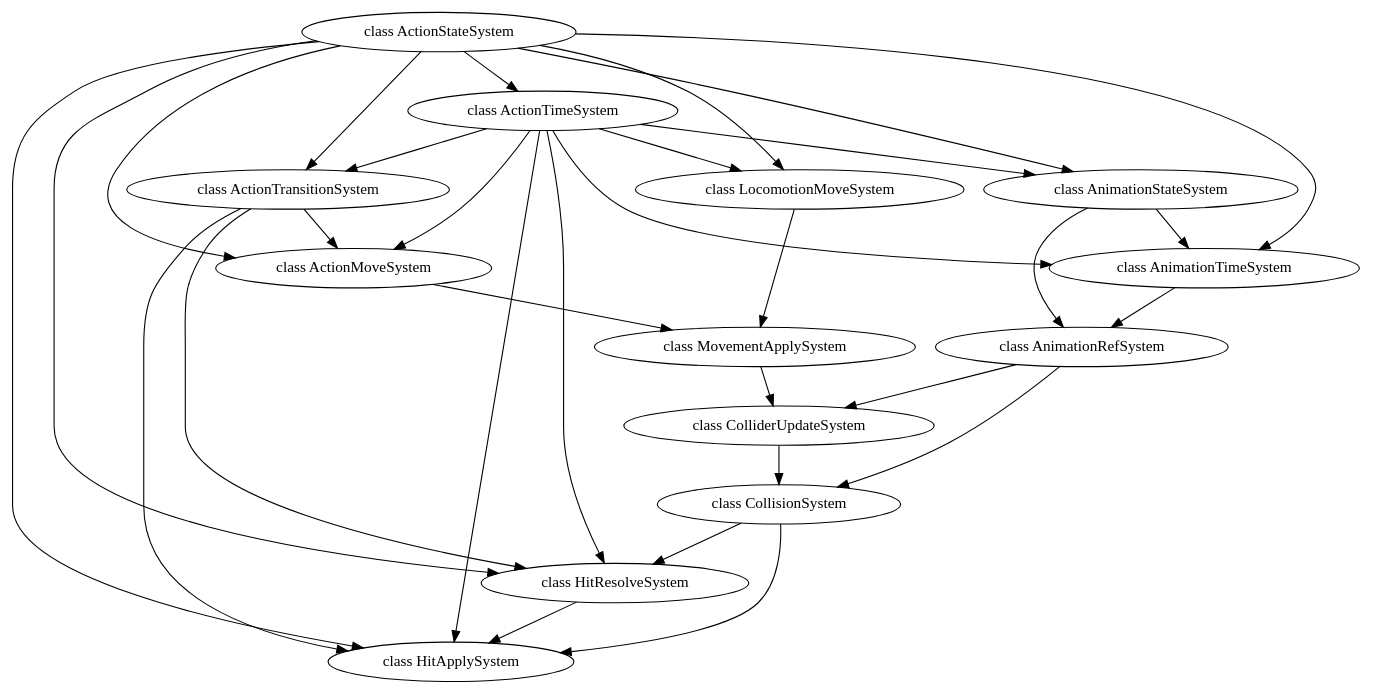
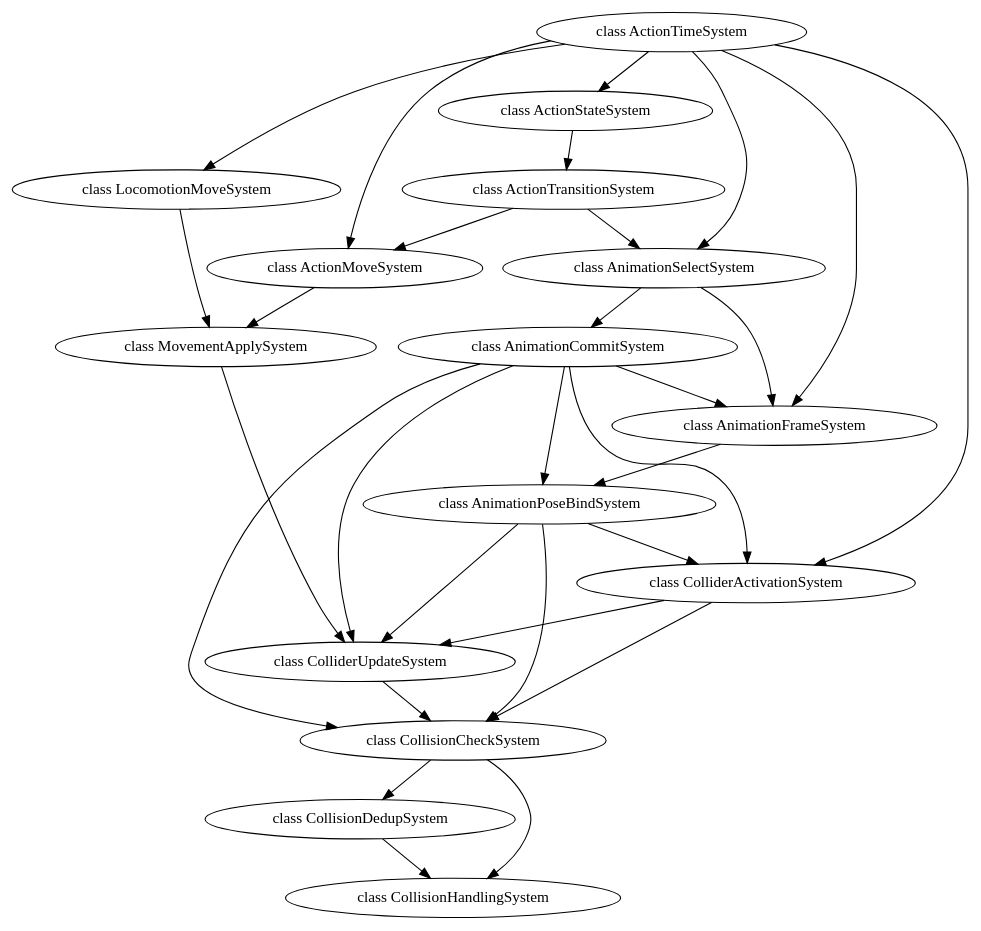
Before and after one commit to Vallhup/GameServer: the diagram in WITH_Server/WITH_Server/graph.gv, drawn with Graphviz. The commit also changed 18 other files, not shown here.

```diff
--- a/WITH_Server/WITH_Server/graph.gv
+++ b/WITH_Server/WITH_Server/graph.gv
@@ -1,33 +1,32 @@
 digraph JobGraph {
-  "class ActionStateSystem" -> "class ActionTimeSystem";
   "class ActionStateSystem" -> "class ActionTransitionSystem";
-  "class ActionStateSystem" -> "class ActionMoveSystem";
-  "class ActionStateSystem" -> "class LocomotionMoveSystem";
-  "class ActionStateSystem" -> "class AnimationStateSystem";
-  "class ActionStateSystem" -> "class AnimationTimeSystem";
-  "class ActionStateSystem" -> "class HitResolveSystem";
-  "class ActionStateSystem" -> "class HitApplySystem";
-  "class ActionTimeSystem" -> "class ActionTransitionSystem";
+  "class ActionTimeSystem" -> "class ActionStateSystem";
   "class ActionTimeSystem" -> "class ActionMoveSystem";
   "class ActionTimeSystem" -> "class LocomotionMoveSystem";
-  "class ActionTimeSystem" -> "class AnimationStateSystem";
-  "class ActionTimeSystem" -> "class AnimationTimeSystem";
-  "class ActionTimeSystem" -> "class HitResolveSystem";
-  "class ActionTimeSystem" -> "class HitApplySystem";
+  "class ActionTimeSystem" -> "class AnimationSelectSystem";
+  "class ActionTimeSystem" -> "class AnimationFrameSystem";
+  "class ActionTimeSystem" -> "class ColliderActivationSystem";
   "class ActionTransitionSystem" -> "class ActionMoveSystem";
-  "class ActionTransitionSystem" -> "class HitResolveSystem";
-  "class ActionTransitionSystem" -> "class HitApplySystem";
+  "class ActionTransitionSystem" -> "class AnimationSelectSystem";
   "class ActionMoveSystem" -> "class MovementApplySystem";
   "class LocomotionMoveSystem" -> "class MovementApplySystem";
   "class MovementApplySystem" -> "class ColliderUpdateSystem";
-  "class AnimationStateSystem" -> "class AnimationTimeSystem";
-  "class AnimationStateSystem" -> "class AnimationRefSystem";
-  "class AnimationTimeSystem" -> "class AnimationRefSystem";
-  "class AnimationRefSystem" -> "class ColliderUpdateSystem";
-  "class AnimationRefSystem" -> "class CollisionSystem";
-  "class ColliderUpdateSystem" -> "class CollisionSystem";
-  "class CollisionSystem" -> "class HitResolveSystem";
-  "class CollisionSystem" -> "class HitApplySystem";
-  "class HitResolveSystem" -> "class HitApplySystem";
-  "class HitApplySystem";
+  "class AnimationSelectSystem" -> "class AnimationCommitSystem";
+  "class AnimationSelectSystem" -> "class AnimationFrameSystem";
+  "class AnimationCommitSystem" -> "class AnimationFrameSystem";
+  "class AnimationCommitSystem" -> "class AnimationPoseBindSystem";
+  "class AnimationCommitSystem" -> "class ColliderActivationSystem";
+  "class AnimationCommitSystem" -> "class ColliderUpdateSystem";
+  "class AnimationCommitSystem" -> "class CollisionCheckSystem";
+  "class AnimationFrameSystem" -> "class AnimationPoseBindSystem";
+  "class AnimationPoseBindSystem" -> "class ColliderActivationSystem";
+  "class AnimationPoseBindSystem" -> "class ColliderUpdateSystem";
+  "class AnimationPoseBindSystem" -> "class CollisionCheckSystem";
+  "class ColliderActivationSystem" -> "class ColliderUpdateSystem";
+  "class ColliderActivationSystem" -> "class CollisionCheckSystem";
+  "class ColliderUpdateSystem" -> "class CollisionCheckSystem";
+  "class CollisionCheckSystem" -> "class CollisionDedupSystem";
+  "class CollisionCheckSystem" -> "class CollisionHandlingSystem";
+  "class CollisionDedupSystem" -> "class CollisionHandlingSystem";
+  "class CollisionHandlingSystem";
 }
```
